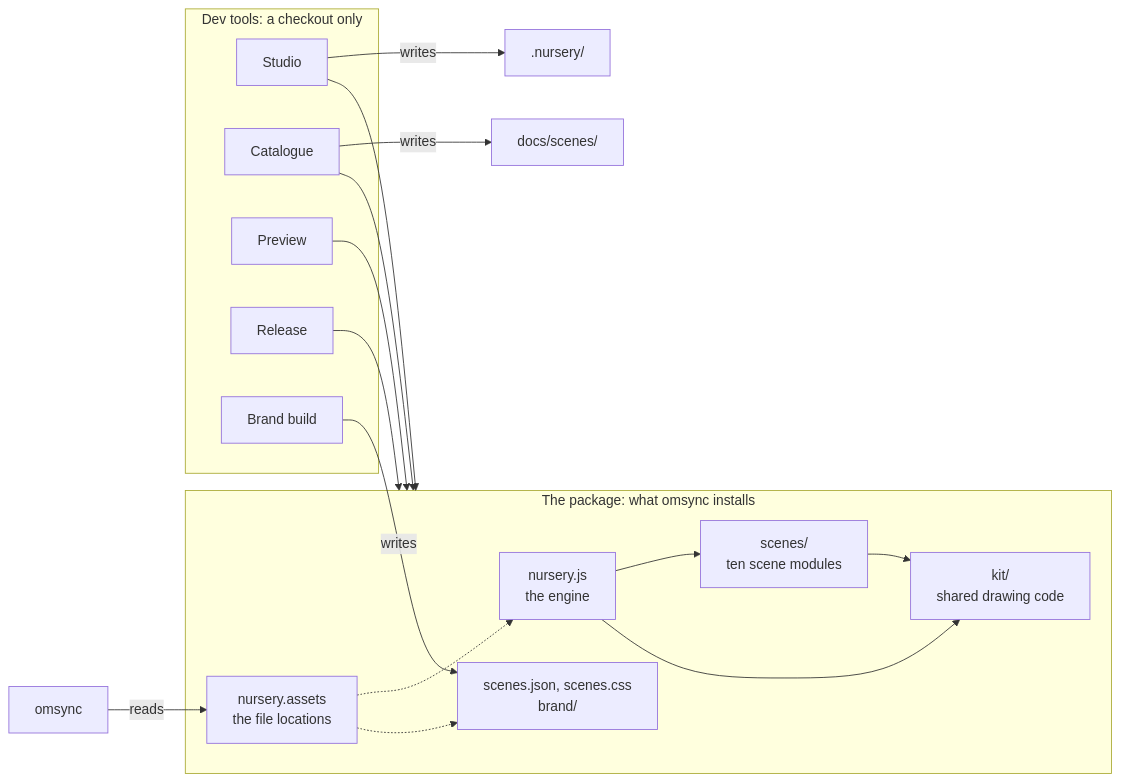
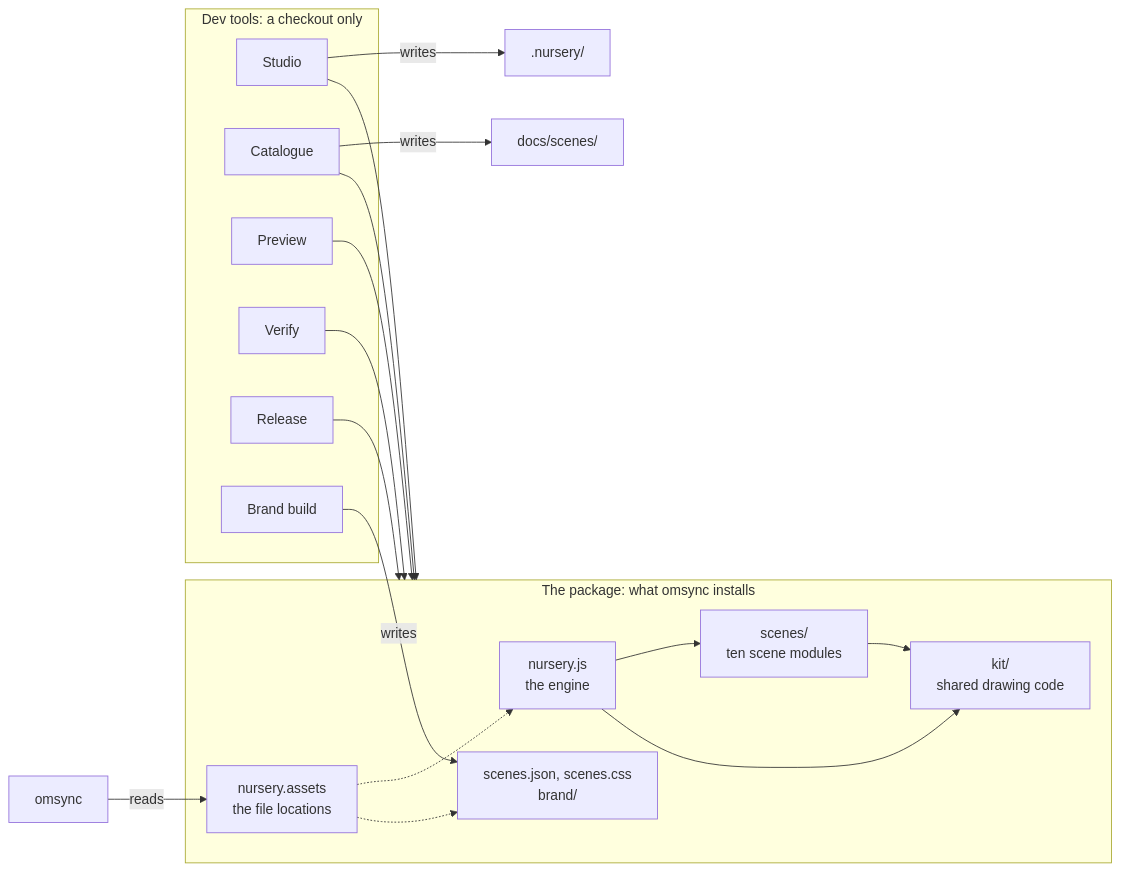
One commit to spinningyoyo/omsync-nursery changed the first of 5 diagrams in docs/overview.md. Above: the diagram before and after it, drawn with Mermaid. The commit also changed other lines of this file and 100 other files, not shown here.

````diff
--- a/docs/overview.md
+++ b/docs/overview.md
@@ -12,26 +12,28 @@
 ```mermaid
 flowchart LR
     subgraph Package ["The package: what omsync installs"]
         Engine["nursery.js<br/>the engine"] --> Scenes["scenes/<br/>ten scene modules"]
         Engine --> Kit["kit/<br/>shared drawing code"]
         Scenes --> Kit
         Files["scenes.json, scenes.css<br/>brand/"]
         Assets["nursery.assets<br/>the file locations"] -.-> Engine
         Assets -.-> Files
     end
     subgraph Tools ["Dev tools: a checkout only"]
         Studio
         Catalogue
         Preview
+        Verify
         Release
         BrandBuild["Brand build"]
     end
     Studio --> Package
     Catalogue --> Package
     Preview --> Package
+    Verify --> Package
     Release --> Package
     BrandBuild -- writes --> Files
     Catalogue -- writes --> Docs["docs/scenes/"]
     Studio -- writes --> Work[".nursery/"]
     omsync -- reads --> Assets
 ```
````
